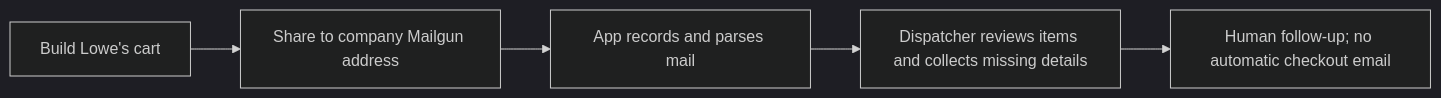
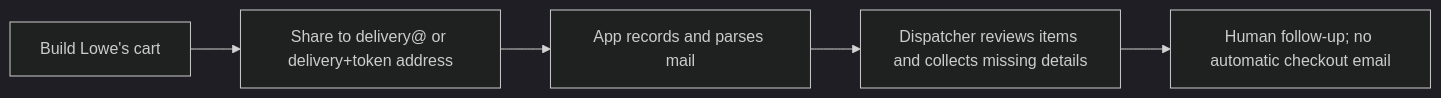
Before and after one commit to apalumbiLS/DeliveryApp: the diagram in docs/runbooks/customer-guide.md, drawn with Mermaid (dark theme). The commit also changed other lines of this file and 19 other files, not shown here.

Commit message:
Update architecture docs to reflect live shared-address pilot, document pending delivery+ migration, and remove company-specific alias from portal UI

````diff
--- a/docs/runbooks/customer-guide.md
+++ b/docs/runbooks/customer-guide.md
@@ -12,7 +12,7 @@
 ```mermaid
 flowchart LR
-    A[Build Lowe's cart] --> B[Share to company Mailgun address]
+    A[Build Lowe's cart] --> B[Share to delivery@ or delivery+token address]
     B --> C[App records and parses mail]
     C --> D[Dispatcher reviews items and collects missing details]
     D --> E[Human follow-up; no automatic checkout email]
 ```
````
